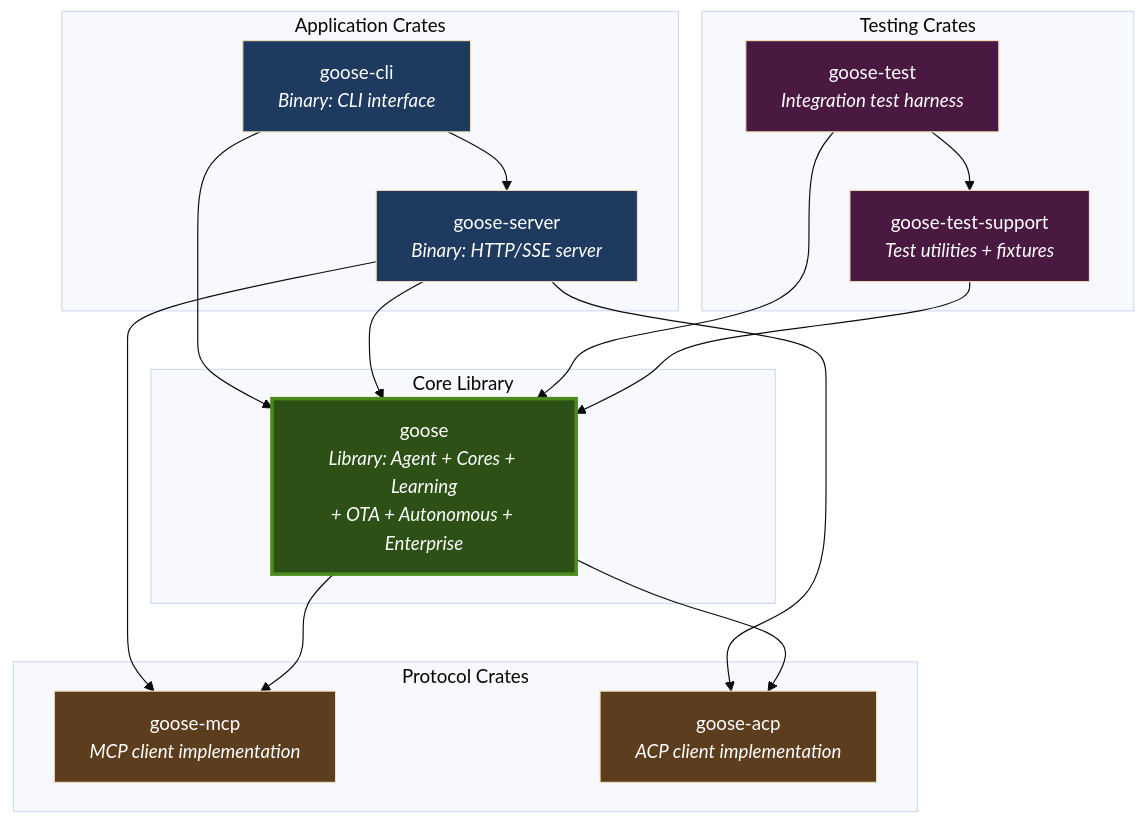
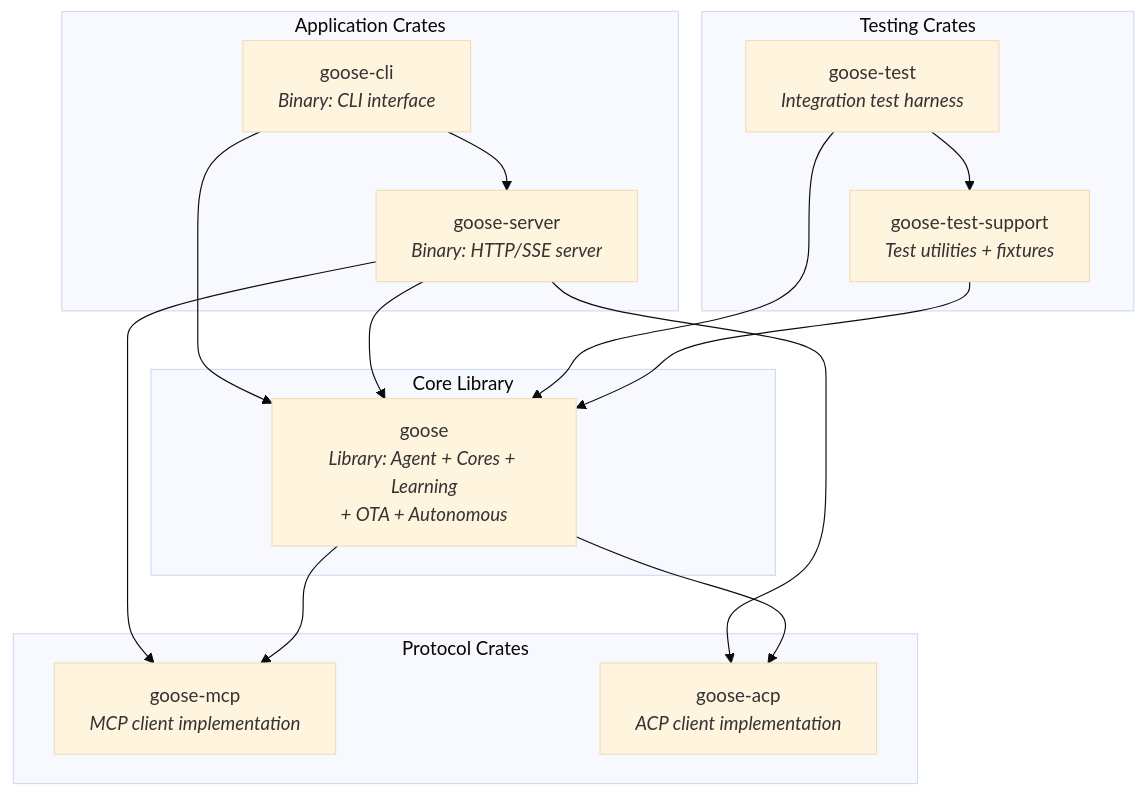
The second of 10 diagrams in docs/ARCHITECTURE.md (Ghenghis/Super-Goose), drawn with Mermaid (base theme) before and after one commit. The commit also changed other lines of this file and 317 other files, not shown here.

````diff
--- a/docs/ARCHITECTURE.md
+++ b/docs/ARCHITECTURE.md
@@ -112,40 +108,32 @@
 ```mermaid
 graph TD
     subgraph "Application Crates"
         CLI["goose-cli<br/><i>Binary: CLI interface</i>"]
         SRV["goose-server<br/><i>Binary: HTTP/SSE server</i>"]
     end
 
     subgraph "Core Library"
-        CORE["goose<br/><i>Library: Agent + Cores + Learning<br/>+ OTA + Autonomous + Enterprise</i>"]
+        CORE["goose<br/><i>Library: Agent + Cores + Learning<br/>+ OTA + Autonomous</i>"]
     end
 
     subgraph "Protocol Crates"
         MCP["goose-mcp<br/><i>MCP client implementation</i>"]
         ACP["goose-acp<br/><i>ACP client implementation</i>"]
     end
 
     subgraph "Testing Crates"
         TEST["goose-test<br/><i>Integration test harness</i>"]
         TSUP["goose-test-support<br/><i>Test utilities + fixtures</i>"]
     end
 
     CLI --> CORE
     CLI --> SRV
     SRV --> CORE
     SRV --> MCP
     SRV --> ACP
     CORE --> MCP
     CORE --> ACP
     TEST --> CORE
     TEST --> TSUP
     TSUP --> CORE
-
-    style CORE fill:#2d5016,color:#fff,stroke:#4a8c1c,stroke-width:3px
-    style CLI fill:#1e3a5f,color:#fff
-    style SRV fill:#1e3a5f,color:#fff
-    style MCP fill:#5c3d1e,color:#fff
-    style ACP fill:#5c3d1e,color:#fff
-    style TEST fill:#4a1942,color:#fff
-    style TSUP fill:#4a1942,color:#fff
 ```
````
